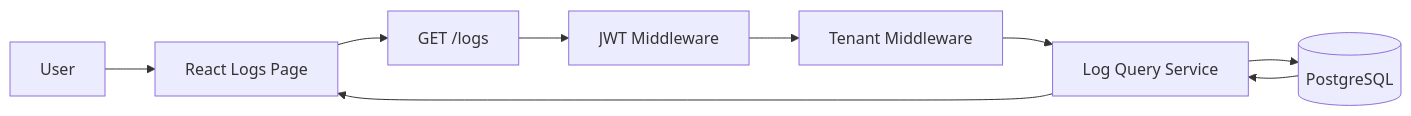
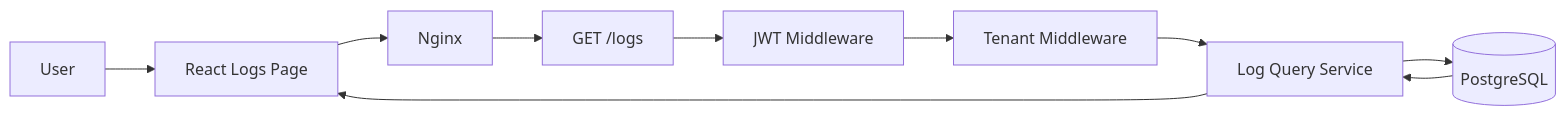
One commit to HAMLEG448/log-management-demo changed diagram 11 of 14 in docs/data-flow.md. Above: the diagram before and after it, drawn with Mermaid. The commit also changed other lines of this file and 2 other files, not shown here.

````diff
--- a/docs/data-flow.md
+++ b/docs/data-flow.md
@@ -159,19 +579,21 @@
 ```mermaid
 flowchart LR
     USER[User]
     UI[React Logs Page]
+    NGINX[Nginx]
     API[GET /logs]
     AUTH[JWT Middleware]
     TENANT[Tenant Middleware]
     QUERY[Log Query Service]
     DB[(PostgreSQL)]
 
     USER --> UI
-    UI --> API
+    UI --> NGINX
+    NGINX --> API
     API --> AUTH
     AUTH --> TENANT
     TENANT --> QUERY
     QUERY --> DB
     DB --> QUERY
     QUERY --> UI
 ```
````
